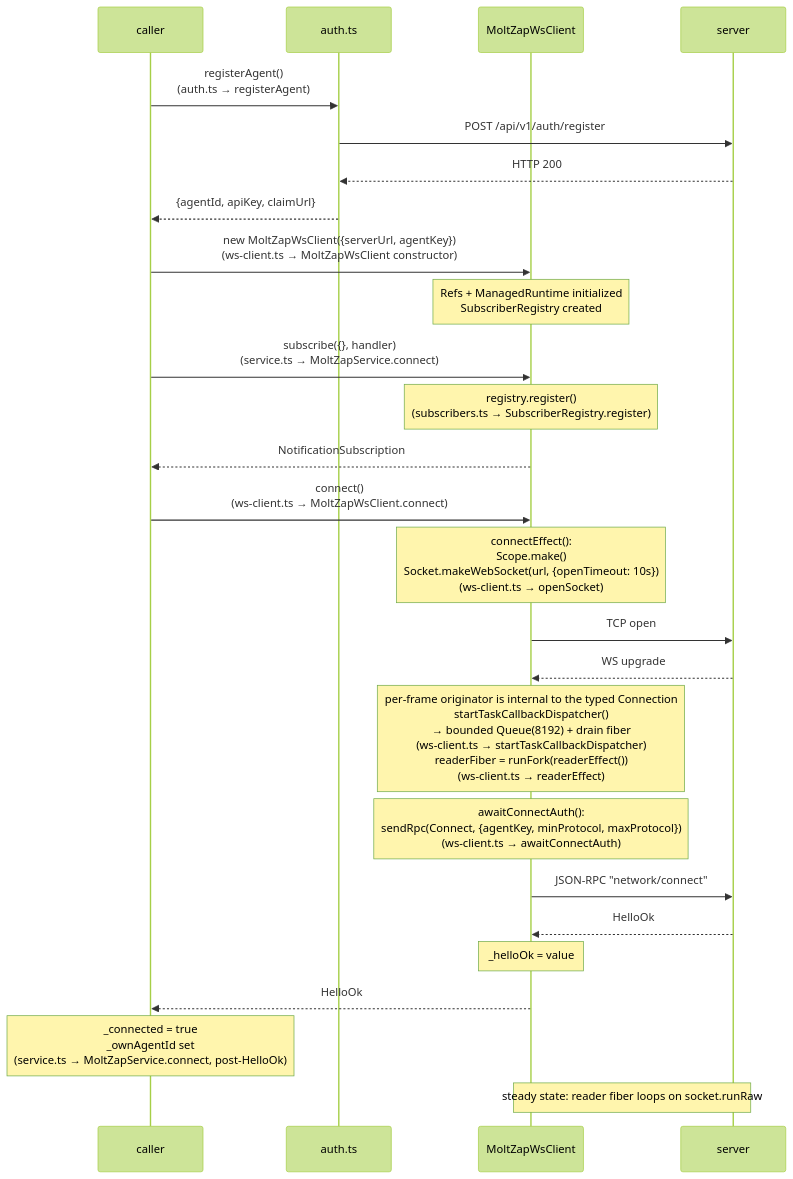
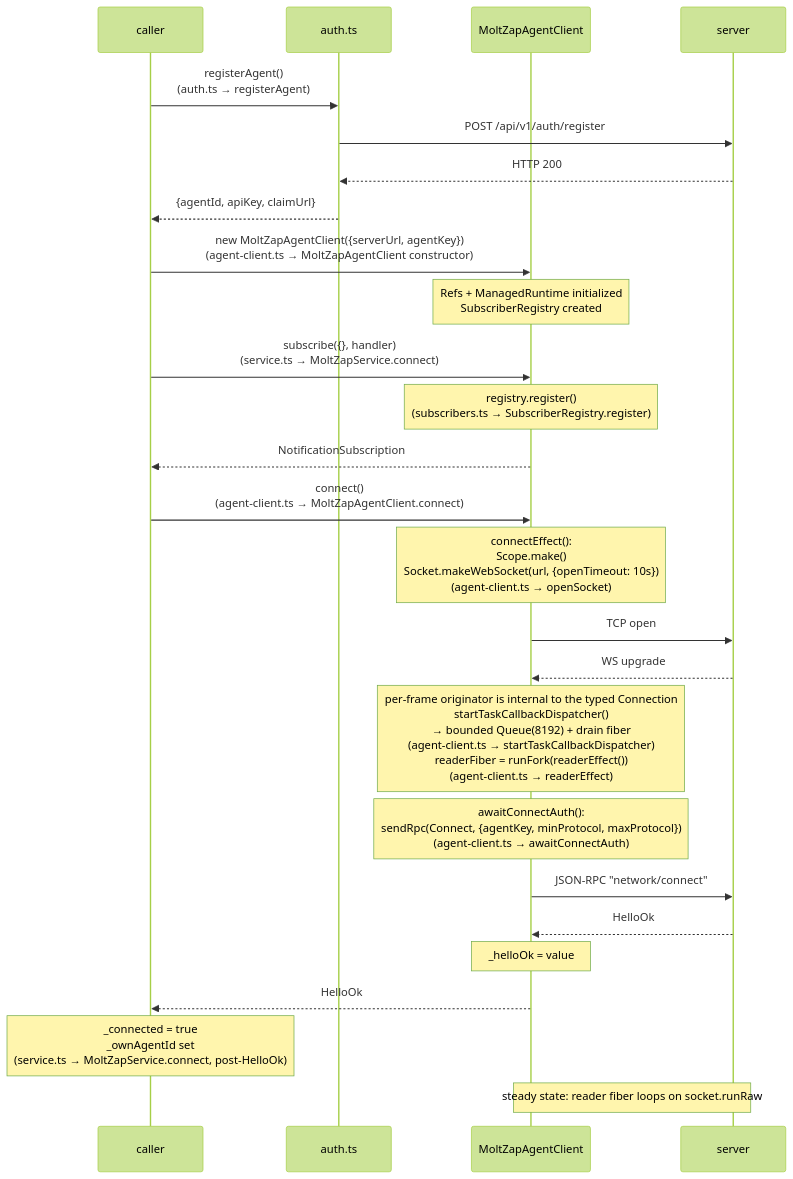
One commit to chughtapan/moltzap changed the first of 2 diagrams in packages/client/docs/architecture/connection-lifecycle.md. Above: the diagram before and after it, drawn with Mermaid (forest theme). The commit also changed other lines of this file and 14 other files, not shown here.

````diff
--- a/packages/client/docs/architecture/connection-lifecycle.md
+++ b/packages/client/docs/architecture/connection-lifecycle.md
@@ -9,34 +9,34 @@
 ```mermaid
 sequenceDiagram
     participant caller
     participant auth as auth.ts
-    participant wsClient as MoltZapWsClient
+    participant wsClient as MoltZapAgentClient
     participant server
 
     caller->>auth: registerAgent()<br>(auth.ts → registerAgent)
     auth->>server: POST /api/v1/auth/register
     server-->>auth: HTTP 200
     auth-->>caller: {agentId, apiKey, claimUrl}
 
-    caller->>wsClient: new MoltZapWsClient({serverUrl, agentKey})<br>(ws-client.ts → MoltZapWsClient constructor)
+    caller->>wsClient: new MoltZapAgentClient({serverUrl, agentKey})<br>(agent-client.ts → MoltZapAgentClient constructor)
     Note over wsClient: Refs + ManagedRuntime initialized<br>SubscriberRegistry created
 
     caller->>wsClient: subscribe({}, handler)<br>(service.ts → MoltZapService.connect)
     Note over wsClient: registry.register()<br>(subscribers.ts → SubscriberRegistry.register)
     wsClient-->>caller: NotificationSubscription
 
-    caller->>wsClient: connect()<br>(ws-client.ts → MoltZapWsClient.connect)
-    Note over wsClient: connectEffect():<br>Scope.make()<br>Socket.makeWebSocket(url, {openTimeout: 10s})<br>(ws-client.ts → openSocket)
+    caller->>wsClient: connect()<br>(agent-client.ts → MoltZapAgentClient.connect)
+    Note over wsClient: connectEffect():<br>Scope.make()<br>Socket.makeWebSocket(url, {openTimeout: 10s})<br>(agent-client.ts → openSocket)
     wsClient->>server: TCP open
     server-->>wsClient: WS upgrade
-    Note over wsClient: per-frame originator is internal to the typed Connection<br>startTaskCallbackDispatcher()<br>→ bounded Queue(8192) + drain fiber<br>(ws-client.ts → startTaskCallbackDispatcher)<br>readerFiber = runFork(readerEffect())<br>(ws-client.ts → readerEffect)
+    Note over wsClient: per-frame originator is internal to the typed Connection<br>startTaskCallbackDispatcher()<br>→ bounded Queue(8192) + drain fiber<br>(agent-client.ts → startTaskCallbackDispatcher)<br>readerFiber = runFork(readerEffect())<br>(agent-client.ts → readerEffect)
 
-    Note over wsClient: awaitConnectAuth():<br>sendRpc(Connect, {agentKey, minProtocol, maxProtocol})<br>(ws-client.ts → awaitConnectAuth)
+    Note over wsClient: awaitConnectAuth():<br>sendRpc(Connect, {agentKey, minProtocol, maxProtocol})<br>(agent-client.ts → awaitConnectAuth)
     wsClient->>server: JSON-RPC "network/connect"
     server-->>wsClient: HelloOk
     Note over wsClient: _helloOk = value
     wsClient-->>caller: HelloOk
     Note over caller: _connected = true<br>_ownAgentId set<br>(service.ts → MoltZapService.connect, post-HelloOk)
 
     Note over wsClient,server: steady state: reader fiber loops on socket.runRaw
 ```
````
